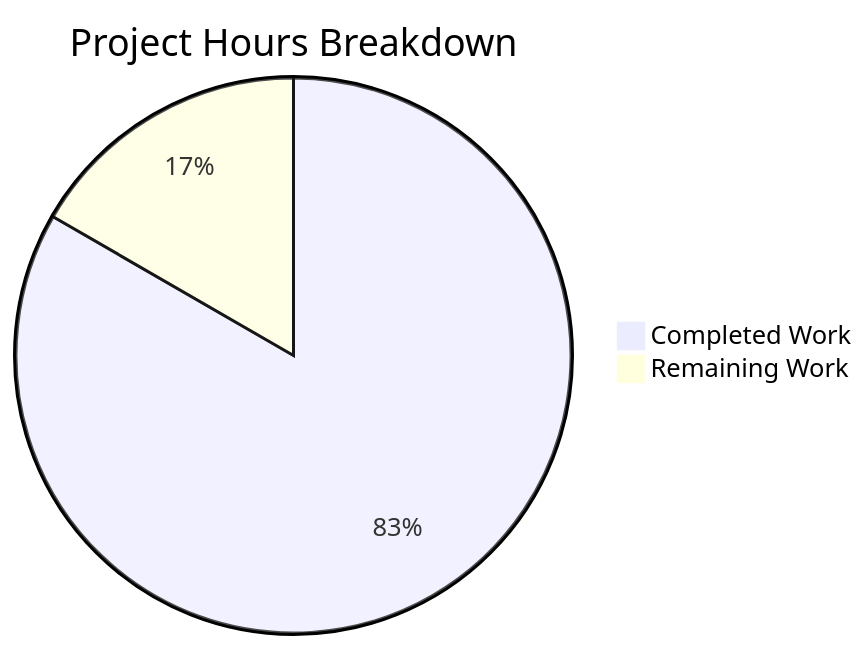
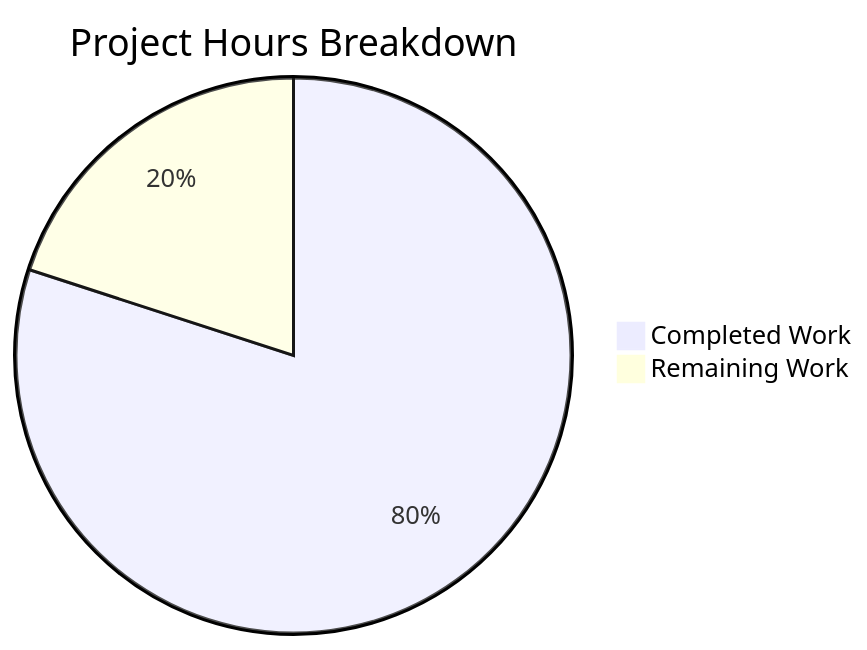
One commit to blitzy-public-samples/hao-backprop-test changed the diagram in blitzy/documentation/Project Guide.md. Above: the diagram before and after it, drawn with Mermaid. The commit also changed other lines of this file, not shown here.

````diff
--- a/blitzy/documentation/Project Guide.md
+++ b/blitzy/documentation/Project Guide.md
@@ -37,5 +90,5 @@
 ```mermaid
 pie title Project Hours Breakdown
-    "Completed Work" : 10
+    "Completed Work" : 8
     "Remaining Work" : 2
 ```
````
